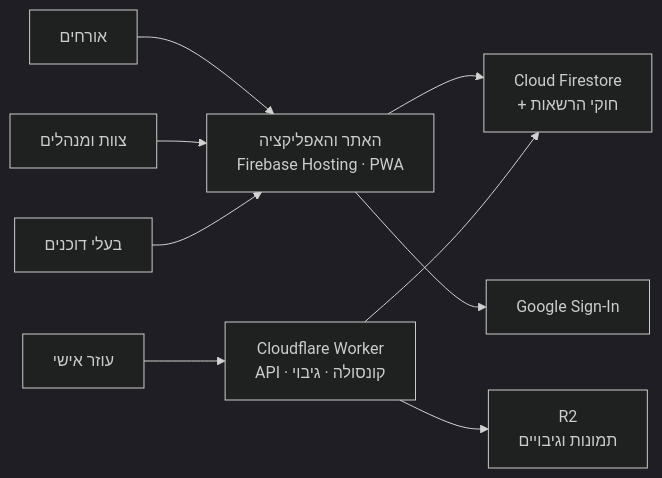
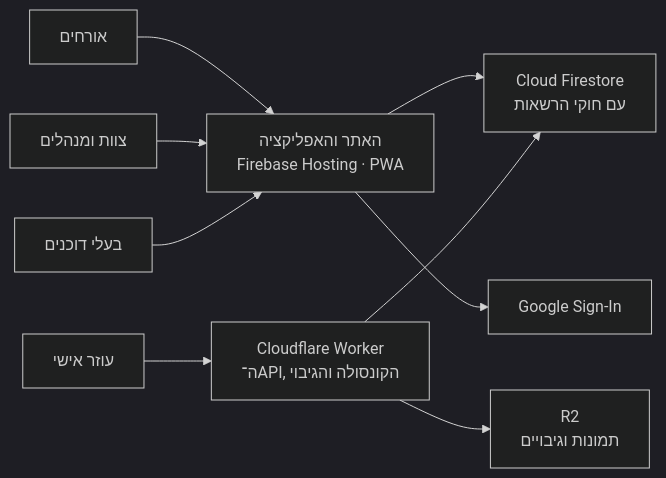
One commit to MeniViner/havat-ravve changed the diagram in README.md. Above: the diagram before and after it, drawn with Mermaid (dark theme).

Commit message:
README: diagram labels read right to left

````diff
--- a/README.md
+++ b/README.md
@@ -80,11 +80,11 @@
 ```mermaid
 flowchart LR
   guest["אורחים"] --> web
   team["צוות ומנהלים"] --> web
   vendor["בעלי דוכנים"] --> web
-  web["האתר והאפליקציה<br/>Firebase Hosting · PWA"] --> fs["Cloud Firestore<br/>+ חוקי הרשאות"]
+  web["האתר והאפליקציה<br/>Firebase Hosting · PWA"] --> fs["Cloud Firestore<br/>עם חוקי הרשאות"]
   web --> auth["Google Sign-In"]
-  assistant["עוזר אישי"] --> worker["Cloudflare Worker<br/>API · קונסולה · גיבוי"]
+  assistant["עוזר אישי"] --> worker["Cloudflare Worker<br/>ה־API, הקונסולה והגיבוי"]
   worker --> fs
   worker --> r2["R2<br/>תמונות וגיבויים"]
 ```
````
